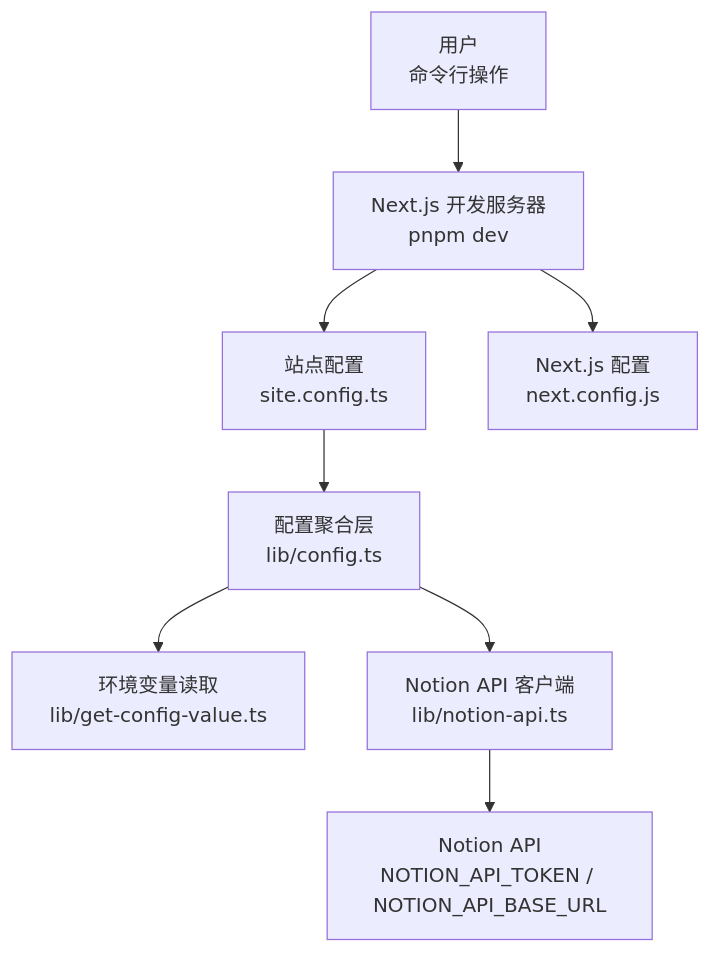
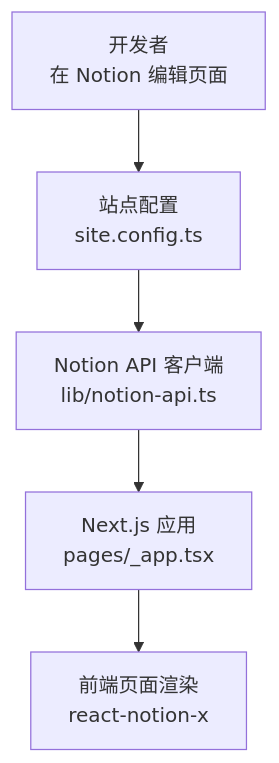
The diagram in .qoder/repowiki/zh/content/快速开始.md (PhysicalMouse/nextjs-notion-starter-kit), drawn with Mermaid before and after one commit. The commit also changed other lines of this file and 186 other files, not shown here.

````diff
--- a/.qoder/repowiki/zh/content/快速开始.md
+++ b/.qoder/repowiki/zh/content/快速开始.md
@@ -163,10 +155,7 @@
 ```mermaid
 graph TB
-A["用户<br/>命令行操作"] --> B["Next.js 开发服务器<br/>pnpm dev"]
-B --> C["站点配置<br/>site.config.ts"]
-C --> D["配置聚合层<br/>lib/config.ts"]
-D --> E["环境变量读取<br/>lib/get-config-value.ts"]
-D --> F["Notion API 客户端<br/>lib/notion-api.ts"]
-F --> G["Notion API<br/>NOTION_API_TOKEN / NOTION_API_BASE_URL"]
-B --> H["Next.js 配置<br/>next.config.js"]
+A["开发者<br/>在 Notion 编辑页面"] --> B["站点配置<br/>site.config.ts"]
+B --> C["Notion API 客户端<br/>lib/notion-api.ts"]
+C --> D["Next.js 应用<br/>pages/_app.tsx"]
+D --> E["前端页面渲染<br/>react-notion-x"]
 ```
````
